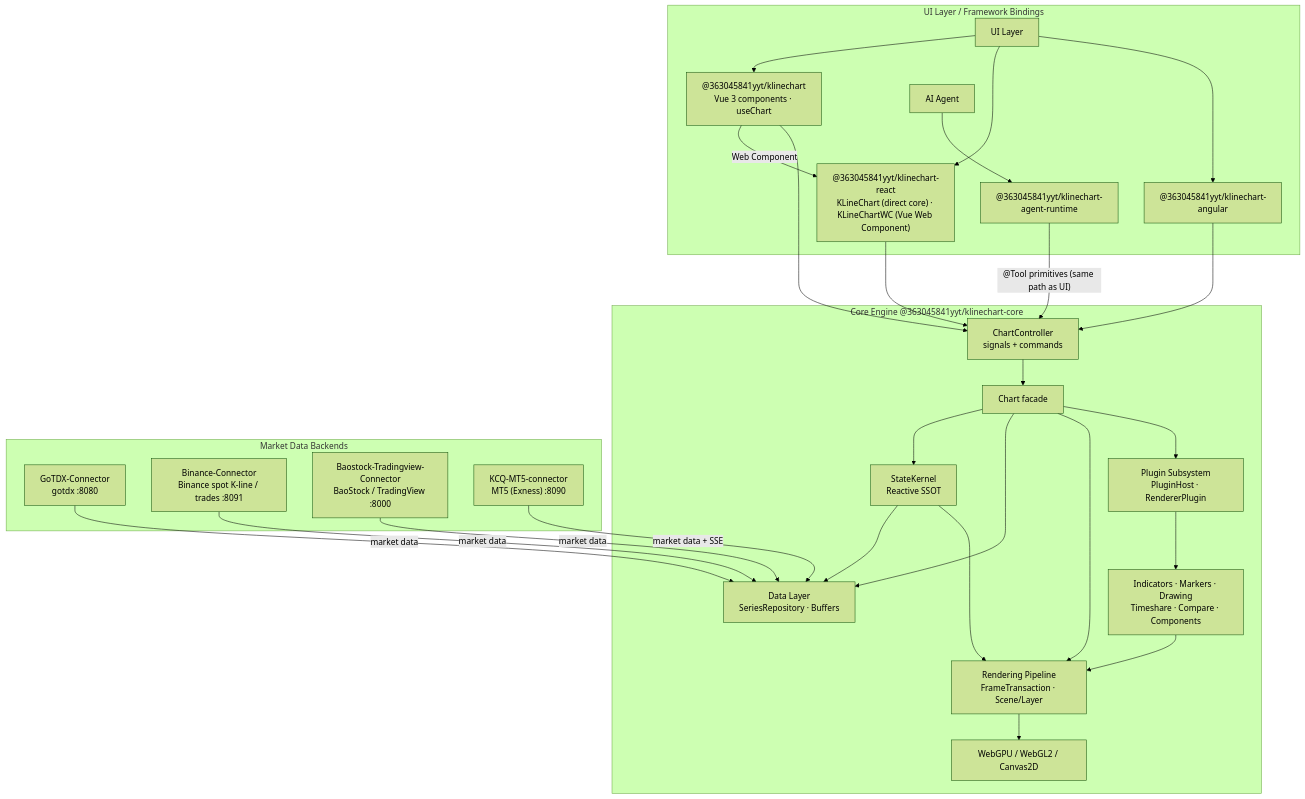
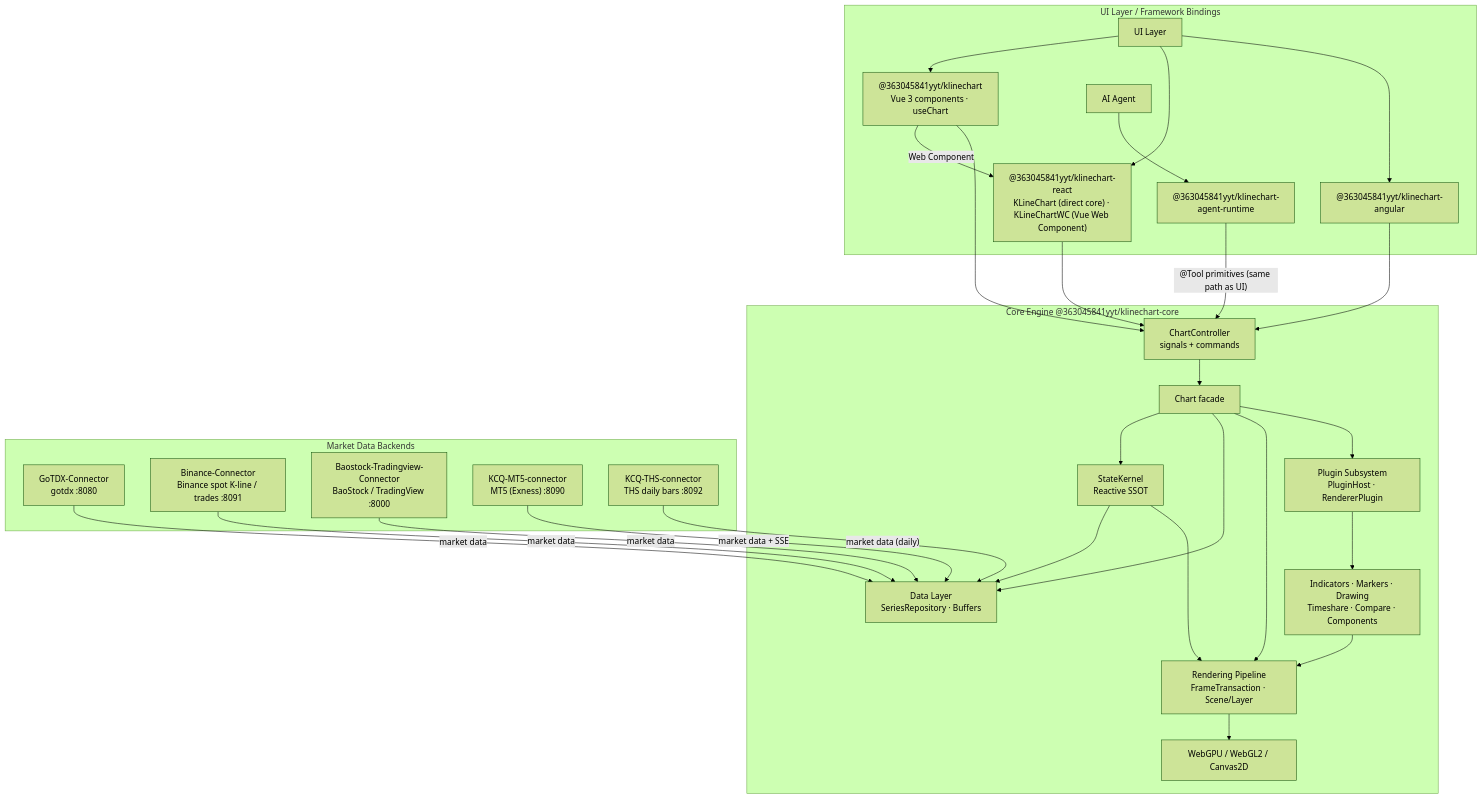
Before and after one commit to 363045841/KLineChartQuant: the diagram in README.md, drawn with Mermaid (forest theme). The commit also changed other lines of this file and 20 other files, not shown here.

First line of the commit message:
feat(ths): add 同花顺(THS) daily-bar market data source (#312)

````diff
--- a/README.md
+++ b/README.md
@@ -75,53 +75,55 @@
 ```mermaid
 flowchart TB
     subgraph app["UI Layer / Framework Bindings"]
         UI["UI Layer"]
         VuePkg["@363045841yyt/klinechart<br/>Vue 3 components · useChart"]
         ReactPkg["@363045841yyt/klinechart-react<br/>KLineChart (direct core) · KLineChartWC (Vue Web Component)"]
         AngularPkg["@363045841yyt/klinechart-angular"]
         Agent["AI Agent"]
         AgentRt["@363045841yyt/klinechart-agent-runtime"]
     end
 
     subgraph core["Core Engine @363045841yyt/klinechart-core"]
         Ctl["ChartController<br/>signals + commands"]
         Chart["Chart facade"]
         Kernel["StateKernel<br/>Reactive SSOT"]
         Data["Data Layer<br/>SeriesRepository · Buffers"]
         Pipe["Rendering Pipeline<br/>FrameTransaction · Scene/Layer"]
         GPU["WebGPU / WebGL2 / Canvas2D"]
         Plugin["Plugin Subsystem<br/>PluginHost · RendererPlugin"]
         Biz["Indicators · Markers · Drawing<br/>Timeshare · Compare · Components"]
     end
 
     subgraph conn["Market Data Backends"]
         Go["GoTDX-Connector<br/>gotdx :8080"]
         Bn["Binance-Connector<br/>Binance spot K-line / trades :8091"]
         Bs["Baostock-Tradingview-Connector<br/>BaoStock / TradingView :8000"]
         Mt["KCQ-MT5-connector<br/>MT5 (Exness) :8090"]
+        Th["KCQ-THS-connector<br/>THS daily bars :8092"]
     end
 
     UI --> VuePkg
     UI --> ReactPkg
     UI --> AngularPkg
     VuePkg -->|"Web Component"| ReactPkg
     Agent --> AgentRt
     VuePkg --> Ctl
     ReactPkg --> Ctl
     AngularPkg --> Ctl
     AgentRt -->|"@Tool primitives (same path as UI)"| Ctl
     Ctl --> Chart
     Chart --> Kernel
     Chart --> Data
     Chart --> Pipe
     Chart --> Plugin
     Plugin --> Biz
     Biz --> Pipe
     Pipe --> GPU
     Go -->|market data| Data
     Bn -->|market data| Data
     Bs -->|market data| Data
     Mt -->|"market data + SSE"| Data
+    Th -->|"market data (daily)"| Data
     Kernel --> Data
     Kernel --> Pipe
 ```
````
